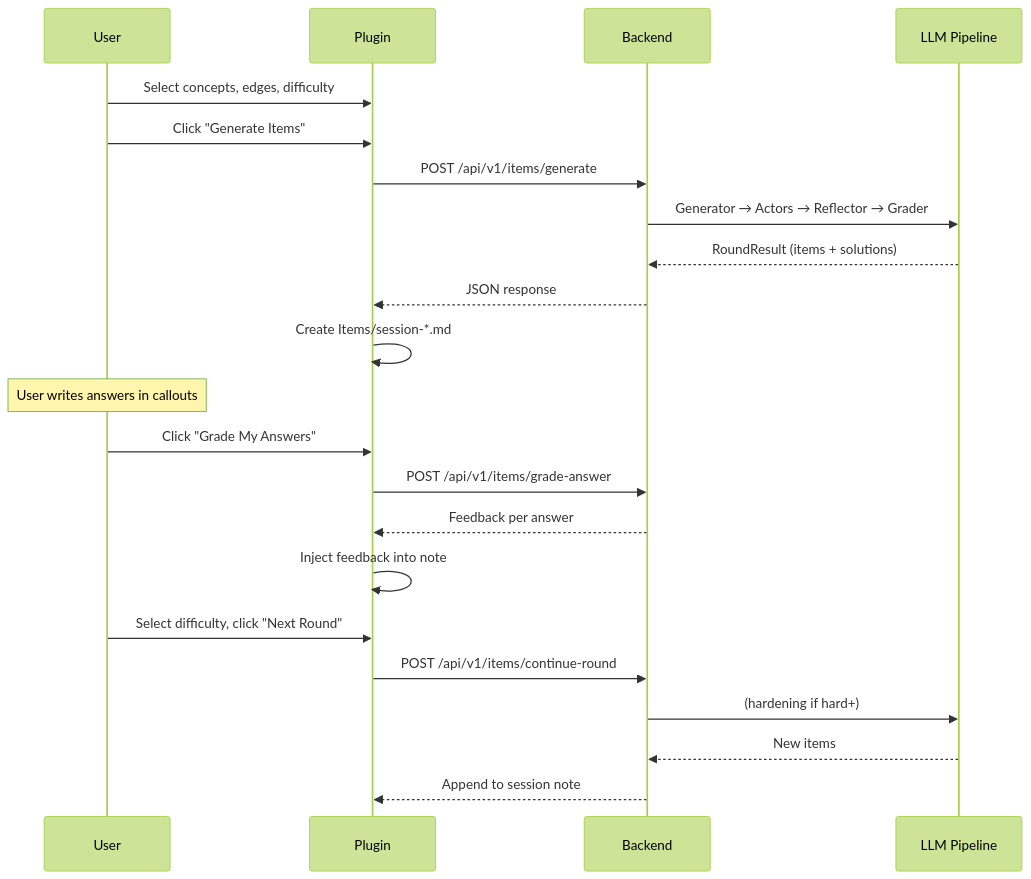
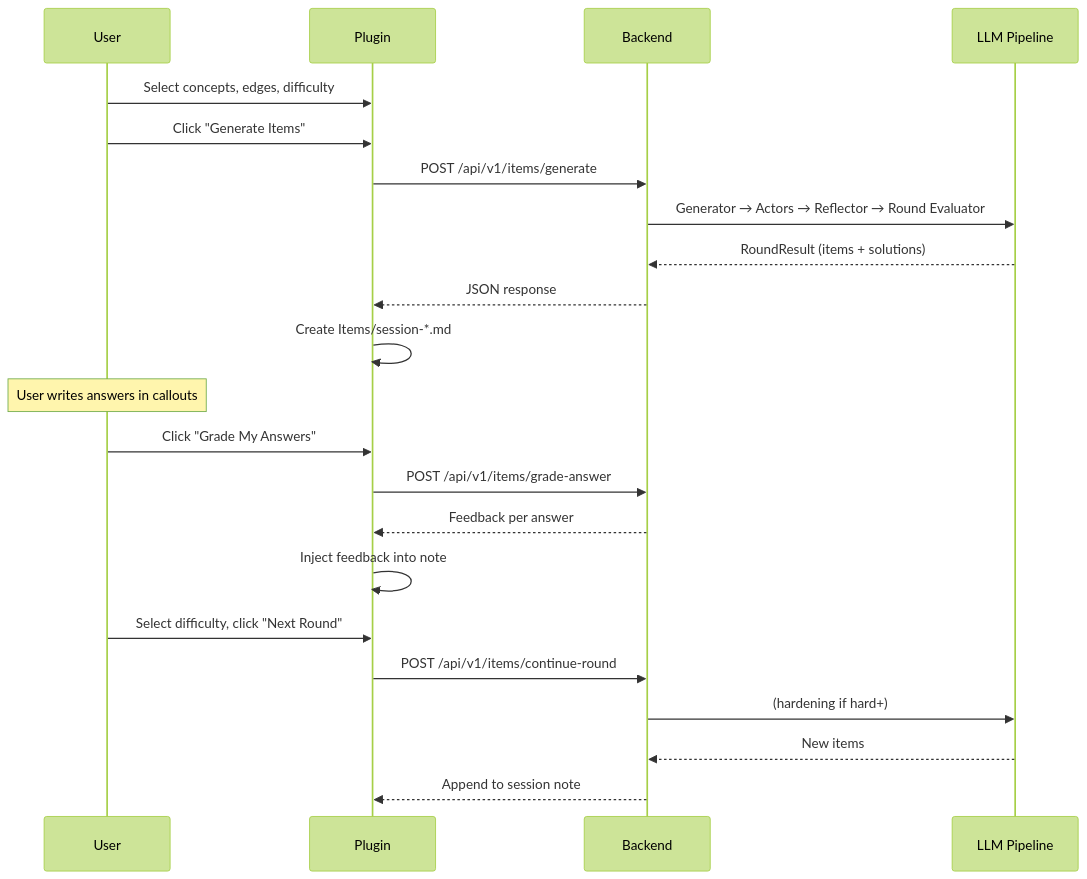
The third of 3 diagrams in slides/plugin-demo.qmd (gu-dsan6725/spring-2026-final-project-team_24), drawn with Mermaid (forest theme) before and after one commit. The commit also changed other lines of this file and 51 other files, not shown here.

First line of the commit message:
docs: add paper PDF + slides HTML, refine architecture diagrams

````diff
--- a/slides/plugin-demo.qmd
+++ b/slides/plugin-demo.qmd
@@ -208,29 +196,29 @@
 ```{mermaid}
 %%| fig-width: 10
 sequenceDiagram
     participant U as User
     participant P as Plugin
     participant B as Backend
     participant L as LLM Pipeline
 
     U->>P: Select concepts, edges, difficulty
     U->>P: Click "Generate Items"
     P->>B: POST /api/v1/items/generate
-    B->>L: Generator → Actors → Reflector → Grader
+    B->>L: Generator → Actors → Reflector → Round Evaluator
     L-->>B: RoundResult (items + solutions)
     B-->>P: JSON response
     P->>P: Create Items/session-*.md
 
     Note over U: User writes answers in callouts
 
     U->>P: Click "Grade My Answers"
     P->>B: POST /api/v1/items/grade-answer
     B-->>P: Feedback per answer
     P->>P: Inject feedback into note
 
     U->>P: Select difficulty, click "Next Round"
     P->>B: POST /api/v1/items/continue-round
     B->>L: (hardening if hard+)
     L-->>B: New items
     B-->>P: Append to session note
 ```
````
